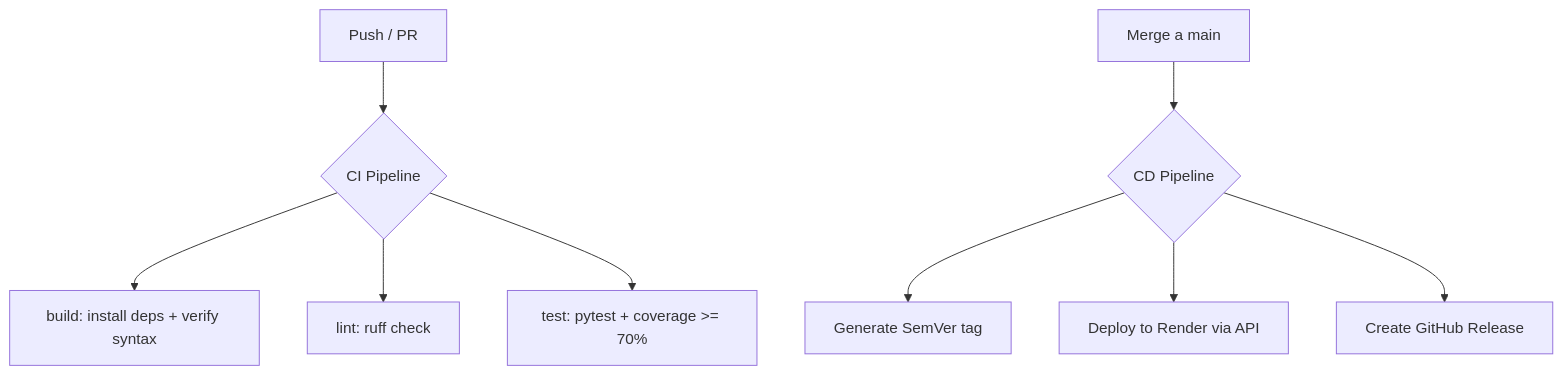
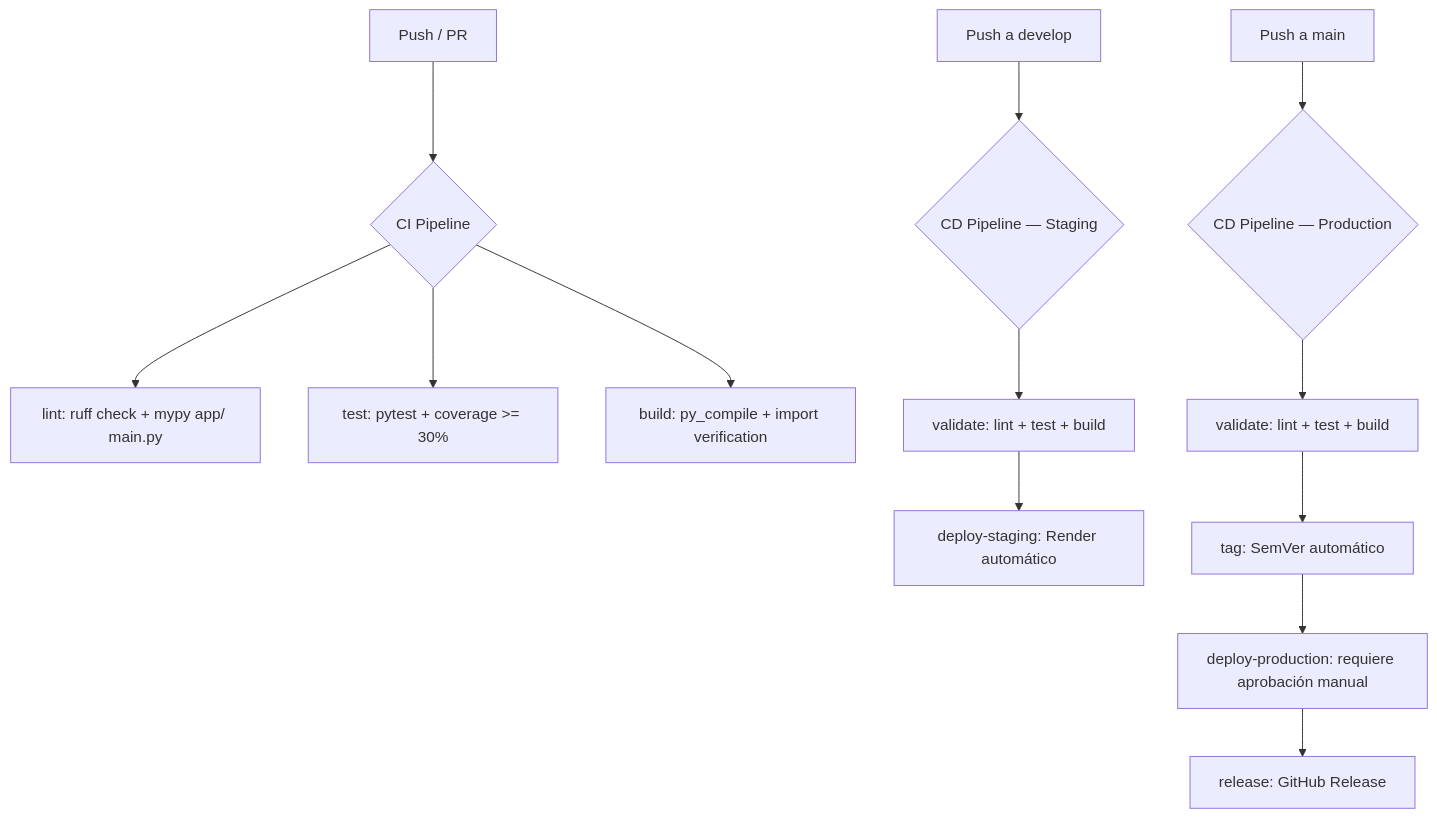
The second of 3 diagrams in README.md (sergioing1000/dgsites-BE), drawn with Mermaid before and after one commit. The commit also changed other lines of this file and 4 other files, not shown here.

````diff
--- a/README.md
+++ b/README.md
@@ -208,12 +260,17 @@
 ```mermaid
 graph TD
     A[Push / PR] --> B{CI Pipeline}
-    B --> C[build: install deps + verify syntax]
-    B --> D[lint: ruff check]
-    B --> E[test: pytest + coverage >= 70%]
+    B --> D[lint: ruff check + mypy app/ main.py]
+    B --> E[test: pytest + coverage >= 30%]
+    B --> C[build: py_compile + import verification]
 
-    F[Merge a main] --> G{CD Pipeline}
-    G --> H[Generate SemVer tag]
-    G --> I[Deploy to Render via API]
-    G --> J[Create GitHub Release]
+    F[Push a develop] --> G{CD Pipeline — Staging}
+    G --> G1[validate: lint + test + build]
+    G1 --> G2[deploy-staging: Render automático]
+
+    H[Push a main] --> I{CD Pipeline — Production}
+    I --> I1[validate: lint + test + build]
+    I1 --> I2[tag: SemVer automático]
+    I2 --> I3[deploy-production: requiere aprobación manual]
+    I3 --> I4[release: GitHub Release]
 ```
````
